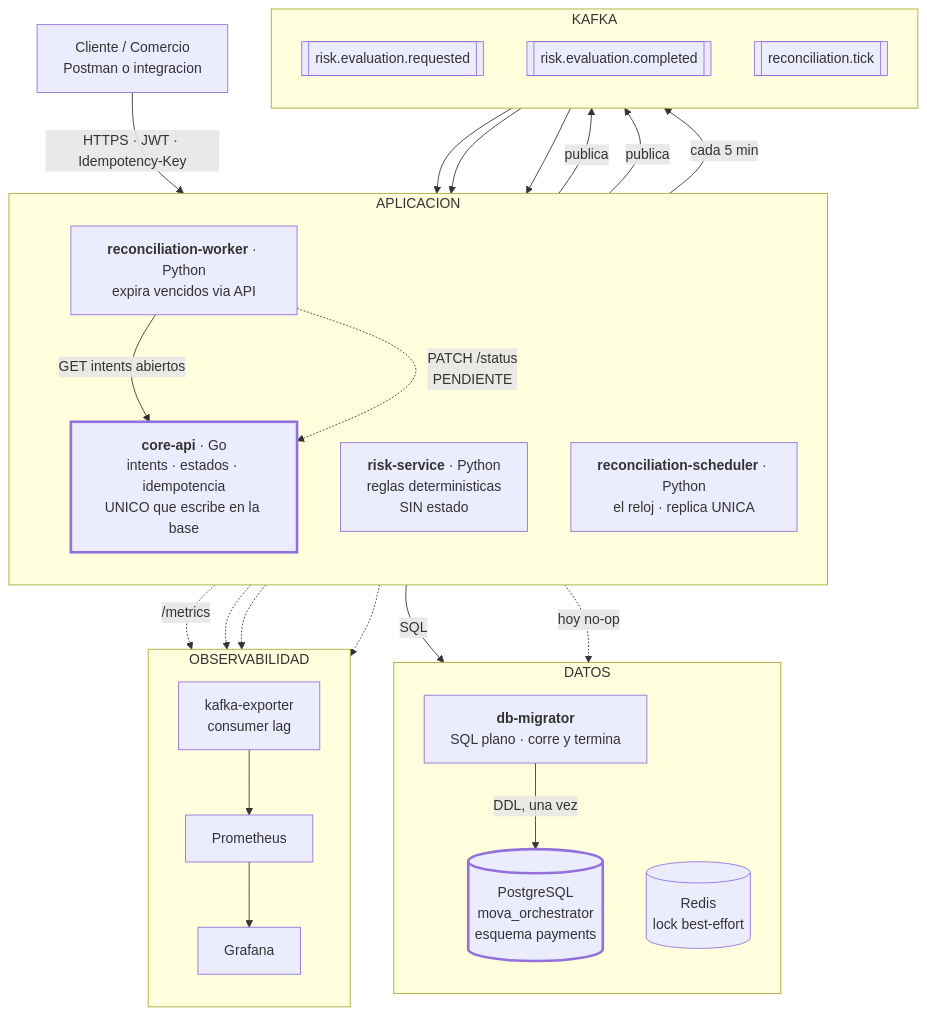
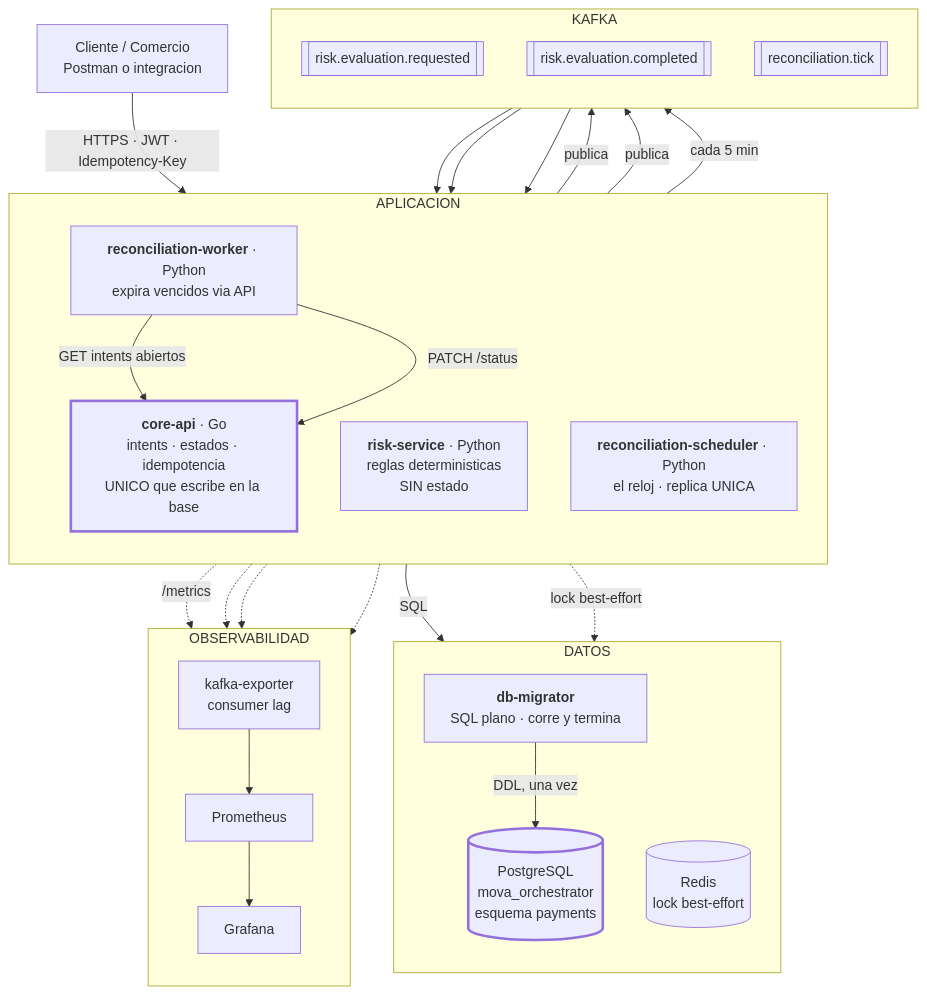
One commit to lauvale029/MOVA_prueba_grupal changed the first of 6 diagrams in README.md. Above: the diagram before and after it, drawn with Mermaid. The commit also changed other lines of this file and 13 other files, not shown here.

First line of the commit message:
docs: cierra Fase H — OpenAPI al día, Swagger UI en /docs, diagramas de ADR y README puesto al día

````diff
--- a/README.md
+++ b/README.md
@@ -10,59 +10,59 @@
 ```mermaid
 flowchart TB
     cliente["Cliente / Comercio<br/>Postman o integracion"]
 
     subgraph app["APLICACION"]
         direction TB
         core["<b>core-api</b> · Go<br/>intents · estados · idempotencia<br/>UNICO que escribe en la base"]
         risk["<b>risk-service</b> · Python<br/>reglas deterministicas<br/>SIN estado"]
         beat["<b>reconciliation-scheduler</b> · Python<br/>el reloj · replica UNICA"]
         worker["<b>reconciliation-worker</b> · Python<br/>expira vencidos via API"]
     end
 
     subgraph bus["KAFKA"]
         direction TB
         t1[["risk.evaluation.requested"]]
         t2[["risk.evaluation.completed"]]
         t3[["reconciliation.tick"]]
     end
 
     subgraph datos["DATOS"]
         direction TB
         mig["<b>db-migrator</b><br/>SQL plano · corre y termina"]
         pg[("PostgreSQL<br/>mova_orchestrator<br/>esquema payments")]
         redis[("Redis<br/>lock best-effort")]
     end
 
     subgraph obs["OBSERVABILIDAD"]
         direction TB
         prom["Prometheus"]
         graf["Grafana"]
         kexp["kafka-exporter<br/>consumer lag"]
     end
 
     cliente -->|"HTTPS · JWT · Idempotency-Key"| core
 
     core -->|"publica"| t1
     t1 --> risk
     risk -->|"publica"| t2
     t2 --> core
 
     beat -->|"cada 5 min"| t3
     t3 --> worker
     worker -->|"GET intents abiertos"| core
-    worker -.->|"PATCH /status<br/>PENDIENTE"| core
+    worker -->|"PATCH /status"| core
 
     mig -->|"DDL, una vez"| pg
     core -->|"SQL"| pg
-    core -.->|"hoy no-op"| redis
+    core -.->|"lock best-effort"| redis
 
     core -.->|"/metrics"| prom
     risk -.-> prom
     beat -.-> prom
     worker -.-> prom
     kexp --> prom
     prom --> graf
 
     style core stroke-width:3px
     style pg stroke-width:3px
 ```
````
